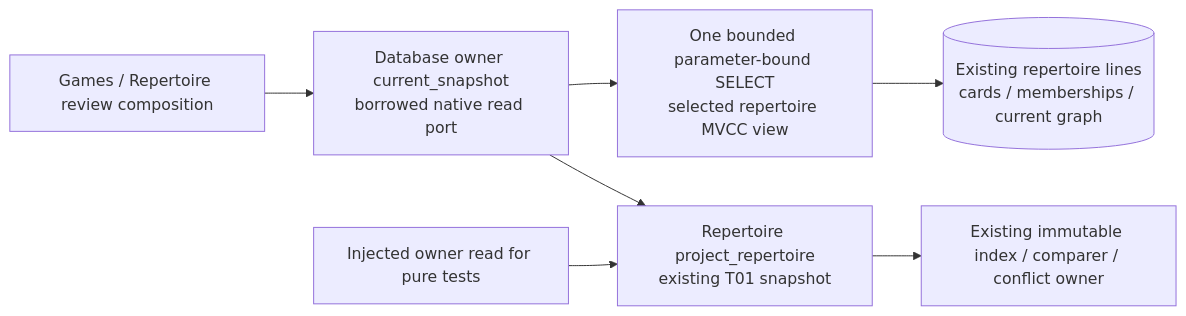
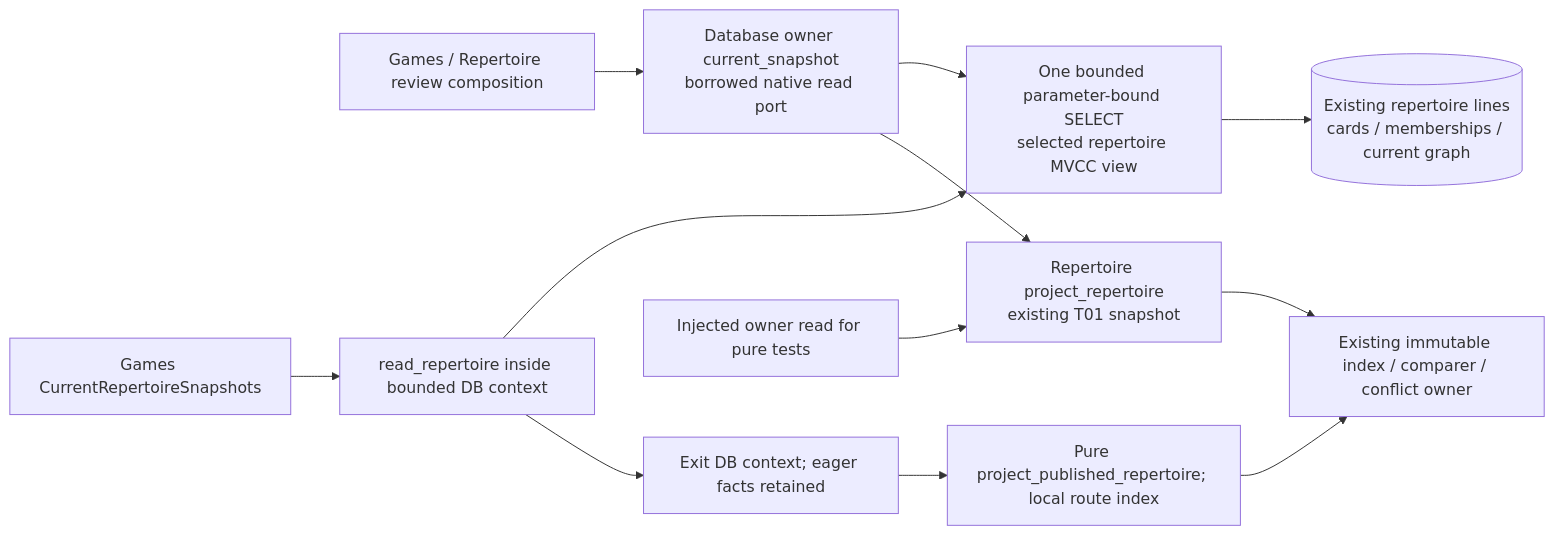
The second of 2 diagrams in backend/app/repertoire/README.md (aaweaver-actuary/tempo), drawn with Mermaid before and after one commit. The commit also changed other lines of this file and 7 other files, not shown here.

Commit message:
fix(repertoire): diagnose snapshot bounds and reuse route replay

````diff
--- a/backend/app/repertoire/README.md
+++ b/backend/app/repertoire/README.md
@@ -196,9 +215,14 @@
 ```mermaid
 flowchart LR
   Composition["Games / Repertoire review composition"] --> Reader["Database owner current_snapshot\nborrowed native read port"]
   Reader --> Select["One bounded parameter-bound SELECT\nselected repertoire MVCC view"]
   Select --> Existing[("Existing repertoire lines\ncards / memberships / current graph")]
   Reader --> Project["Repertoire project_repertoire\nexisting T01 snapshot"]
+  Games["Games CurrentRepertoireSnapshots"] --> ReadFacts["read_repertoire inside bounded DB context"]
+  ReadFacts --> Select
+  ReadFacts --> Closed["Exit DB context; eager facts retained"]
+  Closed --> Published["Pure project_published_repertoire; local route index"]
+  Published --> Consumers
   Injected["Injected owner read for pure tests"] --> Project
   Project --> Consumers["Existing immutable index / comparer / conflict owner"]
 ```
````
